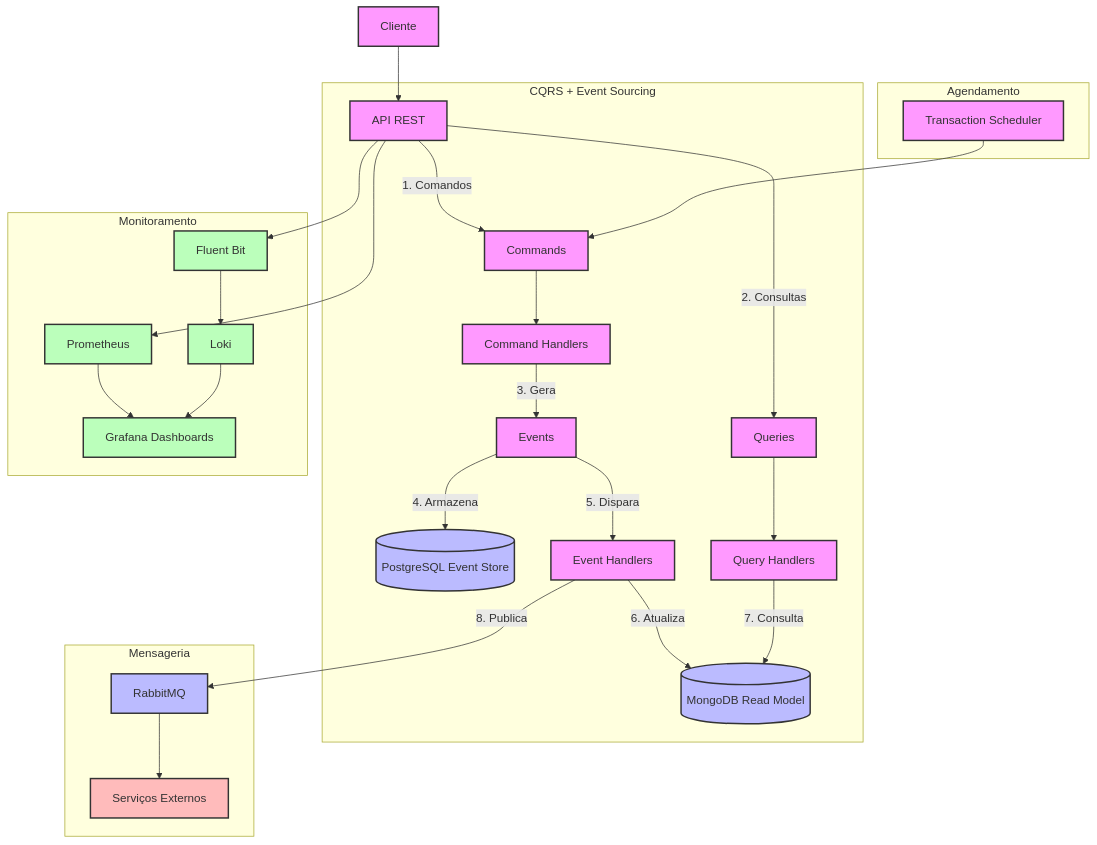
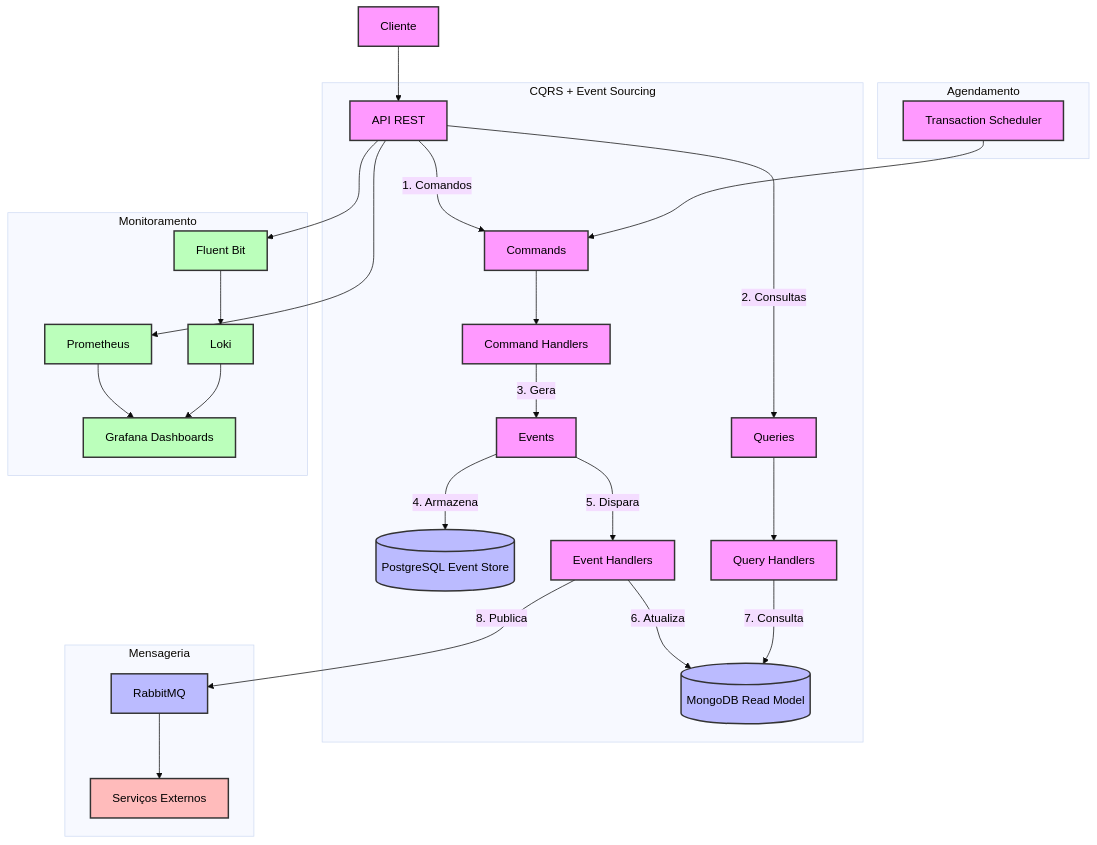
The diagram in README.md (ferreirase/cqrs-es-poc), drawn with Mermaid before and after one commit.

````diff
--- a/README.md
+++ b/README.md
@@ -153,45 +153,46 @@
 ```mermaid
+%%{init: {'theme': 'base', 'themeVariables': { 'fontFamily': 'arial', 'primaryTextColor': '#000000' }}}%%
 flowchart TB
     Client[Cliente] --> API[API REST]
 
     subgraph "CQRS + Event Sourcing"
         API -- "1. Comandos" --> Commands[Commands]
         API -- "2. Consultas" --> Queries[Queries]
 
         Commands --> CommandHandlers[Command Handlers]
         CommandHandlers -- "3. Gera" --> Events[Events]
         Events -- "4. Armazena" --> EventStore[(PostgreSQL Event Store)]
         Events -- "5. Dispara" --> EventHandlers[Event Handlers]
 
         EventHandlers -- "6. Atualiza" --> ReadModel[(MongoDB Read Model)]
         Queries --> QueryHandlers[Query Handlers]
         QueryHandlers -- "7. Consulta" --> ReadModel
     end
 
     subgraph "Mensageria"
         EventHandlers -- "8. Publica" --> RabbitMQ[RabbitMQ]
         RabbitMQ --> ExternalServices[Serviços Externos]
     end
 
     subgraph "Agendamento"
         Scheduler[Transaction Scheduler] --> Commands
     end
 
     subgraph "Monitoramento"
         API --> PrometheusMetrics[Prometheus]
         API --> Logs[Fluent Bit]
         PrometheusMetrics --> Grafana[Grafana Dashboards]
         Logs --> Loki[Loki]
         Loki --> Grafana
     end
 
-    classDef domain fill:#f9f,stroke:#333,stroke-width:2px
-    classDef storage fill:#bbf,stroke:#333,stroke-width:2px
-    classDef monitoring fill:#bfb,stroke:#333,stroke-width:2px
-    classDef external fill:#fbb,stroke:#333,stroke-width:2px
+    classDef domain fill:#f9f,stroke:#333,stroke-width:2px,color:black
+    classDef storage fill:#bbf,stroke:#333,stroke-width:2px,color:black
+    classDef monitoring fill:#bfb,stroke:#333,stroke-width:2px,color:black
+    classDef external fill:#fbb,stroke:#333,stroke-width:2px,color:black
 
     class Client,API,Commands,Queries,CommandHandlers,QueryHandlers,Events,EventHandlers,Scheduler domain
     class EventStore,ReadModel,RabbitMQ storage
     class PrometheusMetrics,Logs,Grafana,Loki monitoring
     class ExternalServices external
 ```
````
